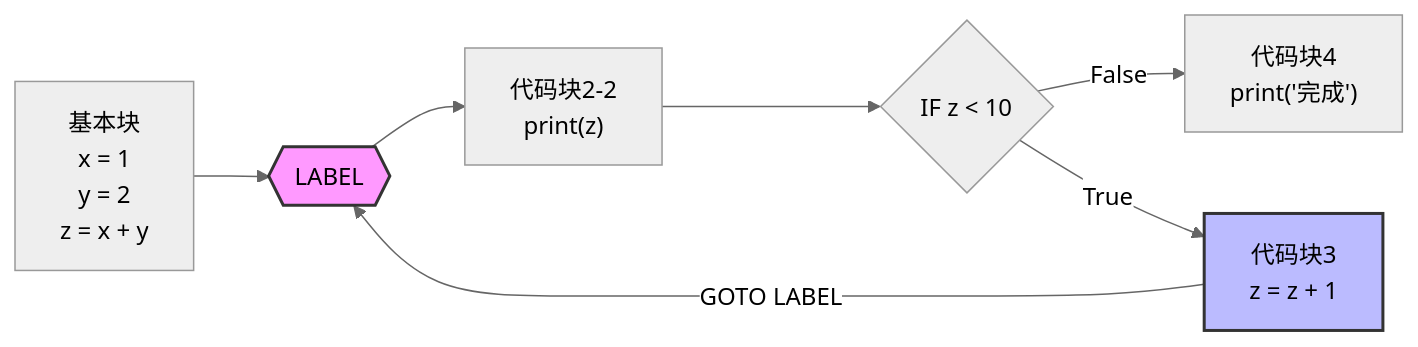
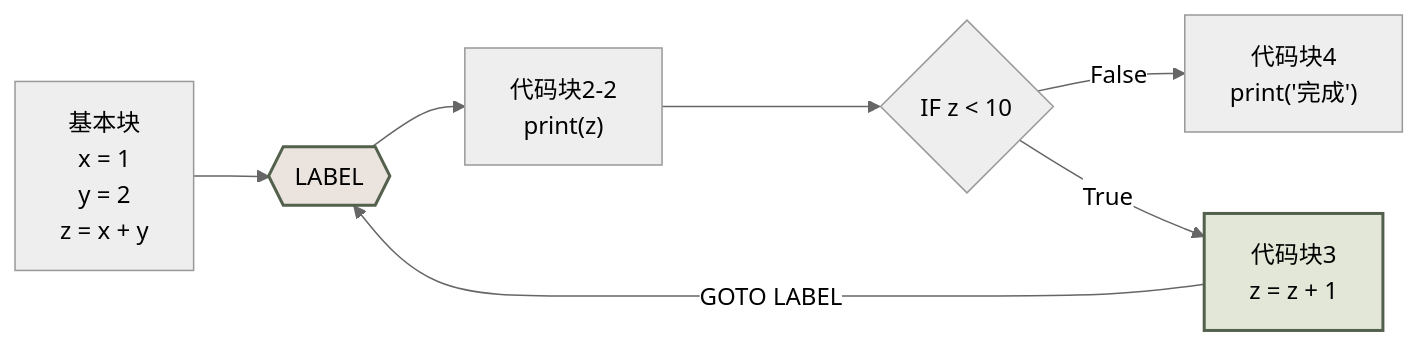
Diagram 15 of 18 in static-analysis-guide/compile-ssa-form.mdx (yaklang/ssa.to), drawn with Mermaid (neutral theme) before and after one commit. The commit also changed other lines of this file and 91 other files, not shown here.

````diff
--- a/static-analysis-guide/compile-ssa-form.mdx
+++ b/static-analysis-guide/compile-ssa-form.mdx
@@ -1003,25 +987,25 @@
 ```mermaid
   flowchart LR
       B1["基本块
       x = 1
       y = 2
       z = x + y"]
       
       B1 --> L{{"LABEL"}}
       
       L --> B2_2["代码块2-2
       print(z)"]
       
       B2_2 --> COND{"IF z < 10"}
       
       COND -->|False| B4["代码块4
       print('完成')"]
       
       COND -->|True| B3["代码块3
       z = z + 1"]
       
       B3 -->|"GOTO LABEL"| L
       
-      style L fill:#f9f,stroke:#333,stroke-width:2px
-      style B3 fill:#bbf,stroke:#333,stroke-width:2px
+      style L fill:#ebe3dd,stroke:#52604c,stroke-width:2px
+      style B3 fill:#e2e7d7,stroke:#52604c,stroke-width:2px
 ```
````
